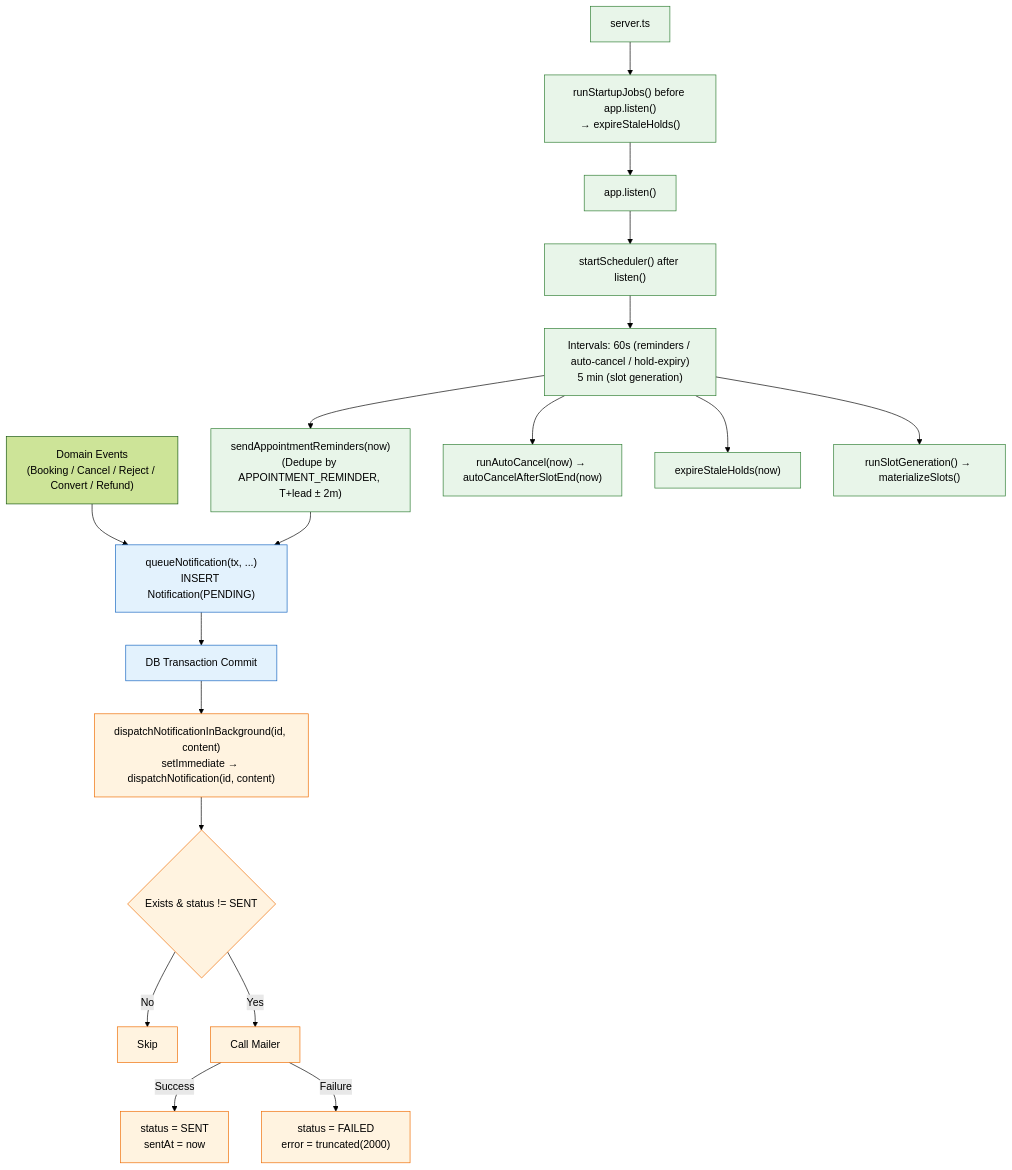
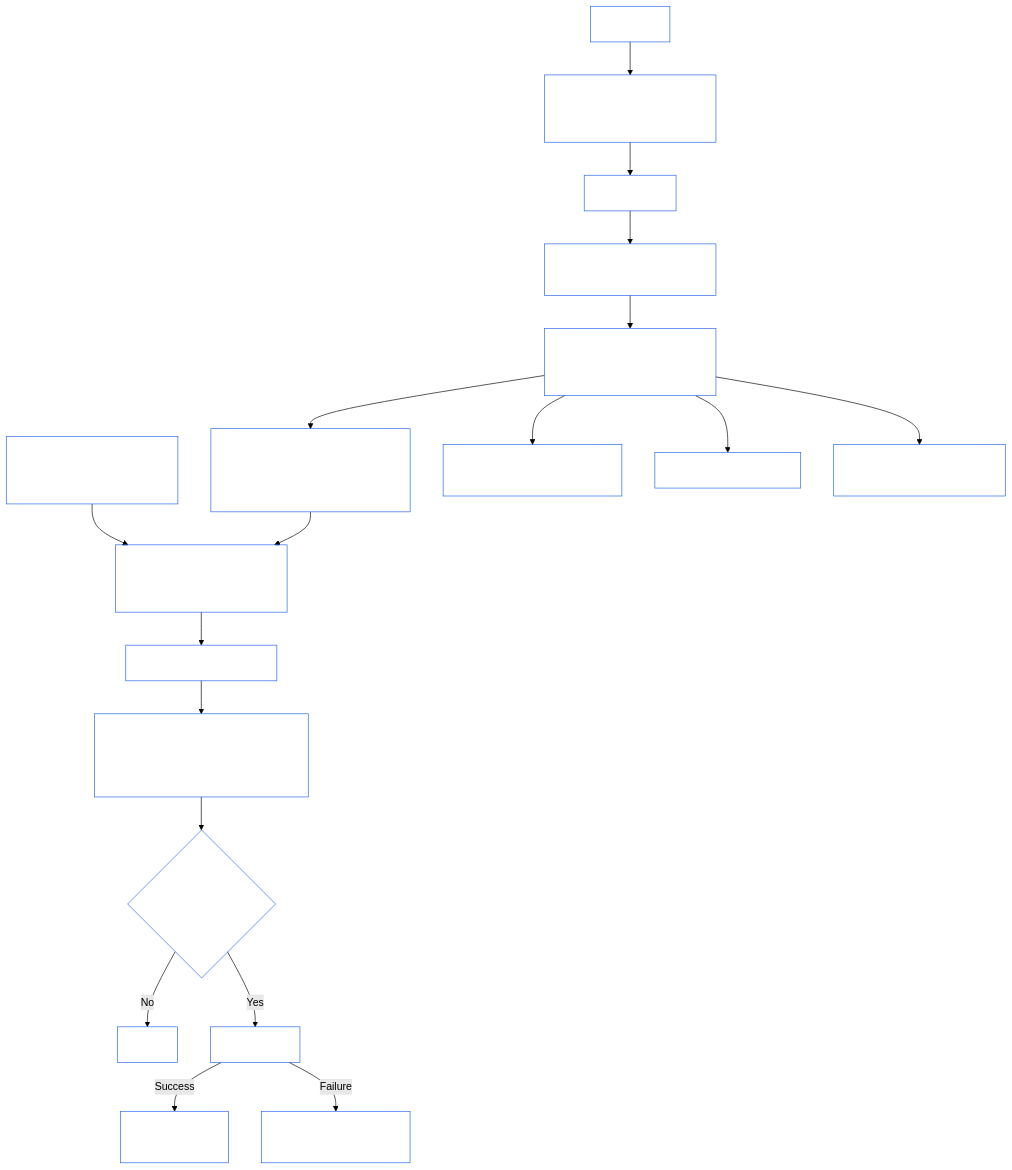
Before and after one commit to AbiDev2003/doctor-booking: the sixth of 7 diagrams in README.md, drawn with Mermaid (forest theme).

Commit message:
docs: polish notifications flowchart to match payment diagram style

````diff
--- a/README.md
+++ b/README.md
@@ -344,28 +344,31 @@
 ```mermaid
 flowchart TD
   A["Domain Events\n(Booking / Cancel / Reject / Convert / Refund)"] --> B["queueNotification(tx, ...)\nINSERT Notification(PENDING)"]
   B --> C["DB Transaction Commit"]
   C --> D["dispatchNotificationInBackground(id, content)\nsetImmediate → dispatchNotification(id, content)"]
   D --> E{"Exists & status != SENT"}
   E -- "No" --> F["Skip"]
   E -- "Yes" --> G["Call Mailer"]
   G -- "Success" --> H["status = SENT\nsentAt = now"]
   G -- "Failure" --> I["status = FAILED\nerror = truncated(2000)"]
 
   J["server.ts"] --> K["runStartupJobs() before app.listen()\n→ expireStaleHolds()"]
   K --> L["app.listen()"]
   L --> M["startScheduler() after listen()"]
   M --> N["Intervals: 60s (reminders / auto-cancel / hold-expiry)\n5 min (slot generation)"]
   N --> O["sendAppointmentReminders(now)\n(Dedupe by APPOINTMENT_REMINDER, T+lead ± 2m)"]
   N --> P["runAutoCancel(now) → autoCancelAfterSlotEnd(now)"]
   N --> Q["expireStaleHolds(now)"]
   N --> R["runSlotGeneration() → materializeSlots()"]
   O --> B
 
-  classDef tx fill:#e3f2fd,stroke:#1565c0,stroke-width:1px
-  classDef post fill:#fff3e0,stroke:#ef6c00,stroke-width:1px
-  classDef job fill:#e8f5e9,stroke:#2e7d32,stroke-width:1px
-  class B,C tx
-  class D,E,F,G,H,I post
-  class J,K,L,M,N,O,P,Q,R job
+    classDef hold fill:transparent,stroke:#2f9c3c,stroke-width:1px,color:#fff
+    classDef queue fill:transparent,stroke:#f5a623,stroke-width:1px,color:#fff
+    classDef pay fill:transparent,stroke:#8e24aa,stroke-width:1px,color:#fff
+    classDef book fill:transparent,stroke:#2563eb,stroke-width:1px,color:#fff
+    classDef resched fill:transparent,stroke:#7cb342,stroke-width:1px,color:#fff
+    classDef refund fill:transparent,stroke:#e53935,stroke-width:1px,color:#fff
+    classDef auto fill:transparent,stroke:#616161,stroke-width:1px,color:#fff
+    classDef late fill:transparent,stroke:#fbc02d,stroke-width:1px,color:#fff
+    class A,B,C,D,E,F,G,H,I,J,K,L,M,N,O,P,Q,R book
 ```
````
